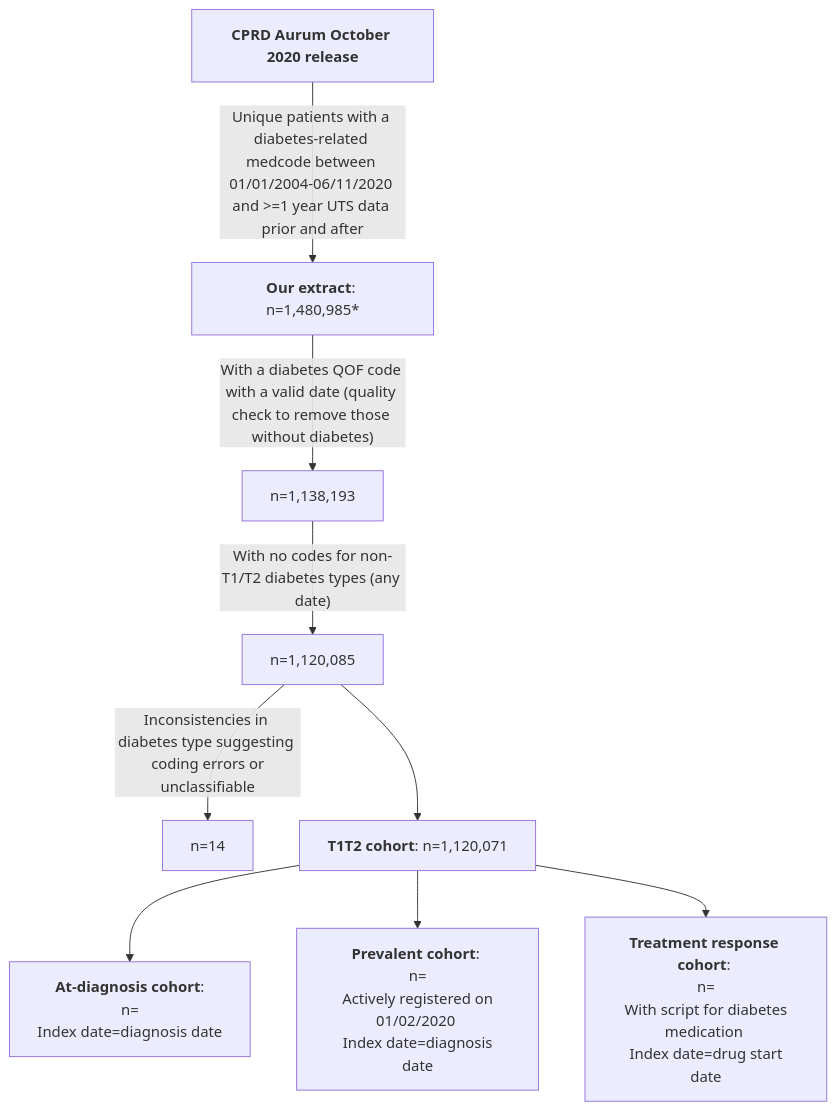
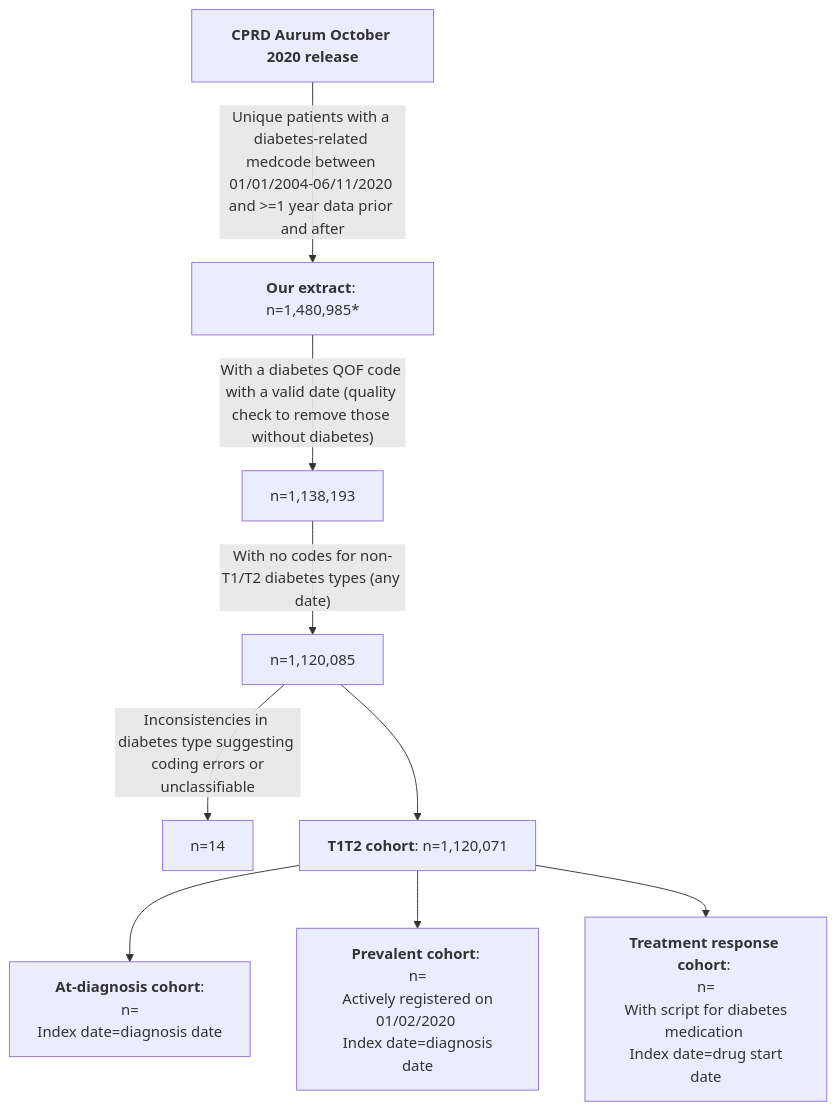
One commit to Exeter-Diabetes/CPRD-Cohort-scripts changed the diagram in README.md. Above: the diagram before and after it, drawn with Mermaid. The commit also changed other lines of this file, not shown here.

````diff
--- a/README.md
+++ b/README.md
@@ -12,11 +12,11 @@
 ```mermaid
 graph TD;
-    A["<b>CPRD Aurum October 2020 release</b>"] --> |"Unique patients with a diabetes-related medcode between 01/01/2004-06/11/2020 and >=1 year UTS data prior and after"| B["<b>Our extract</b>: n=1,480,985*"]
+    A["<b>CPRD Aurum October 2020 release</b>"] --> |"Unique patients with a diabetes-related medcode between 01/01/2004-06/11/2020 and >=1 year data prior and after"| B["<b>Our extract</b>: n=1,480,985*"]
     B -->|"With a diabetes QOF code with a valid date (quality check to remove those without diabetes)"|C["n=1,138,193"]
     C --> |"With no codes for non-T1/T2 diabetes types (any date)"|D["n=1,120,085"]
     D --> |"Inconsistencies in diabetes type suggesting <br> coding errors or unclassifiable"|E["n=14"]
     D --> F["<b>T1T2 cohort</b>: n=1,120,071"]
     F --> G["<b>At-diagnosis cohort</b>: <br> n= <br> Index date=diagnosis date"]
     F --> H["<b>Prevalent cohort</b>: <br> n= <br> Actively registered on 01/02/2020 <br> Index date=diagnosis date"]
     F --> I["<b>Treatment response cohort</b>: <br> n= <br> With script for diabetes medication <br> Index date=drug start date"]
 ```
````
